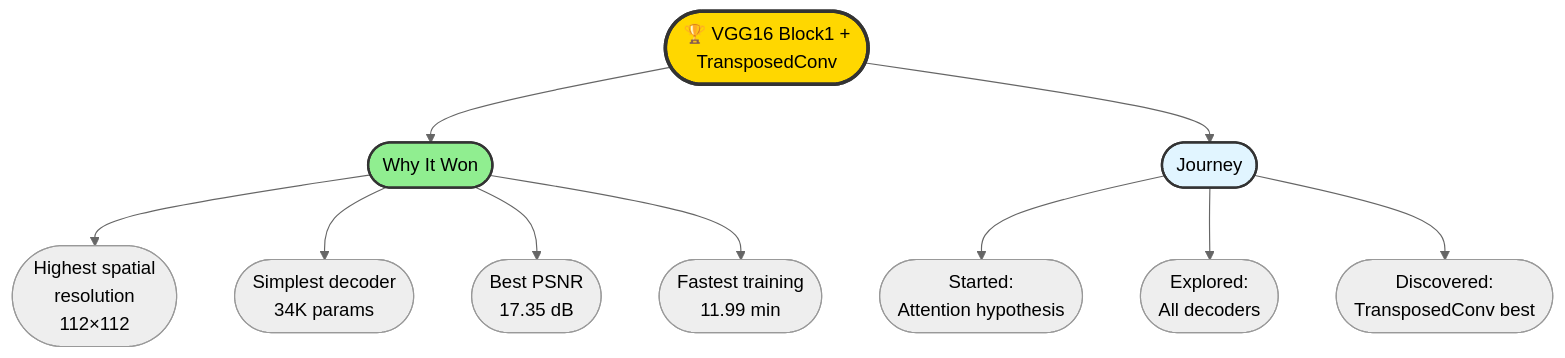
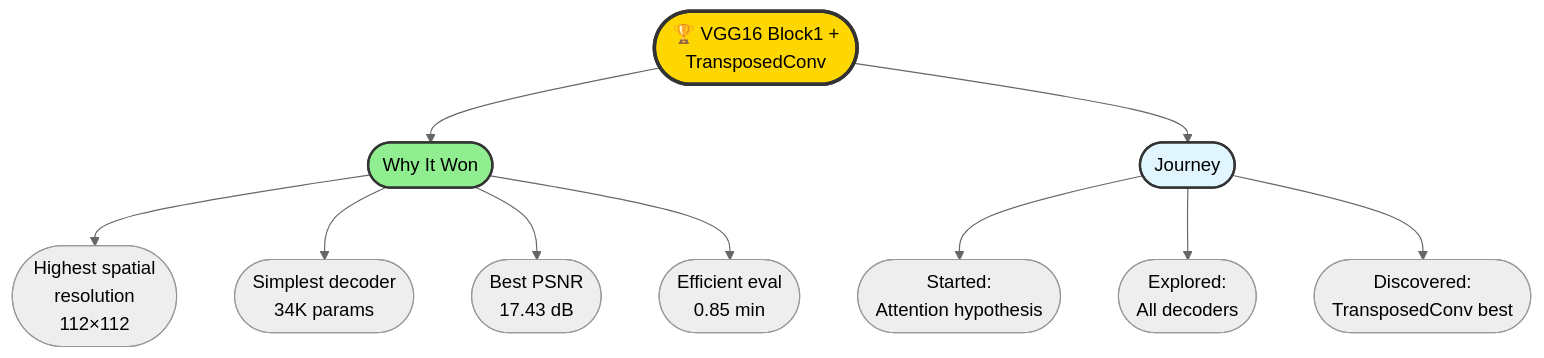
The fourth of 14 diagrams in EXPERIMENTAL_RESULTS_DISCUSSION.md (DanicaBlazanovic/CAP6415_F25_project_Input_Image_Reconstruction_from_Features), drawn with Mermaid (neutral theme) before and after one commit. The commit also changed other lines of this file, not shown here.

````diff
--- a/EXPERIMENTAL_RESULTS_DISCUSSION.md
+++ b/EXPERIMENTAL_RESULTS_DISCUSSION.md
@@ -205,19 +205,19 @@
 ```mermaid
 graph TB
     Root([🏆 VGG16 Block1 +<br/>TransposedConv])
     
     Root --> A([Why It Won])
     A --> A1([Highest spatial<br/>resolution<br/>112×112])
     A --> A2([Simplest decoder<br/>34K params])
-    A --> A3([Best PSNR<br/>17.35 dB])
-    A --> A4([Fastest training<br/>11.99 min])
+    A --> A3([Best PSNR<br/>17.43 dB])
+    A --> A4([Efficient eval<br/>0.85 min])
     
     Root --> B([Journey])
     B --> B1([Started:<br/>Attention hypothesis])
     B --> B2([Explored:<br/>All decoders])
     B --> B3([Discovered:<br/>TransposedConv best])
     
     style Root fill:#FFD700,stroke:#333,stroke-width:3px
     style A fill:#90EE90,stroke:#333,stroke-width:2px
     style B fill:#e1f5ff,stroke:#333,stroke-width:2px
 ```
````
